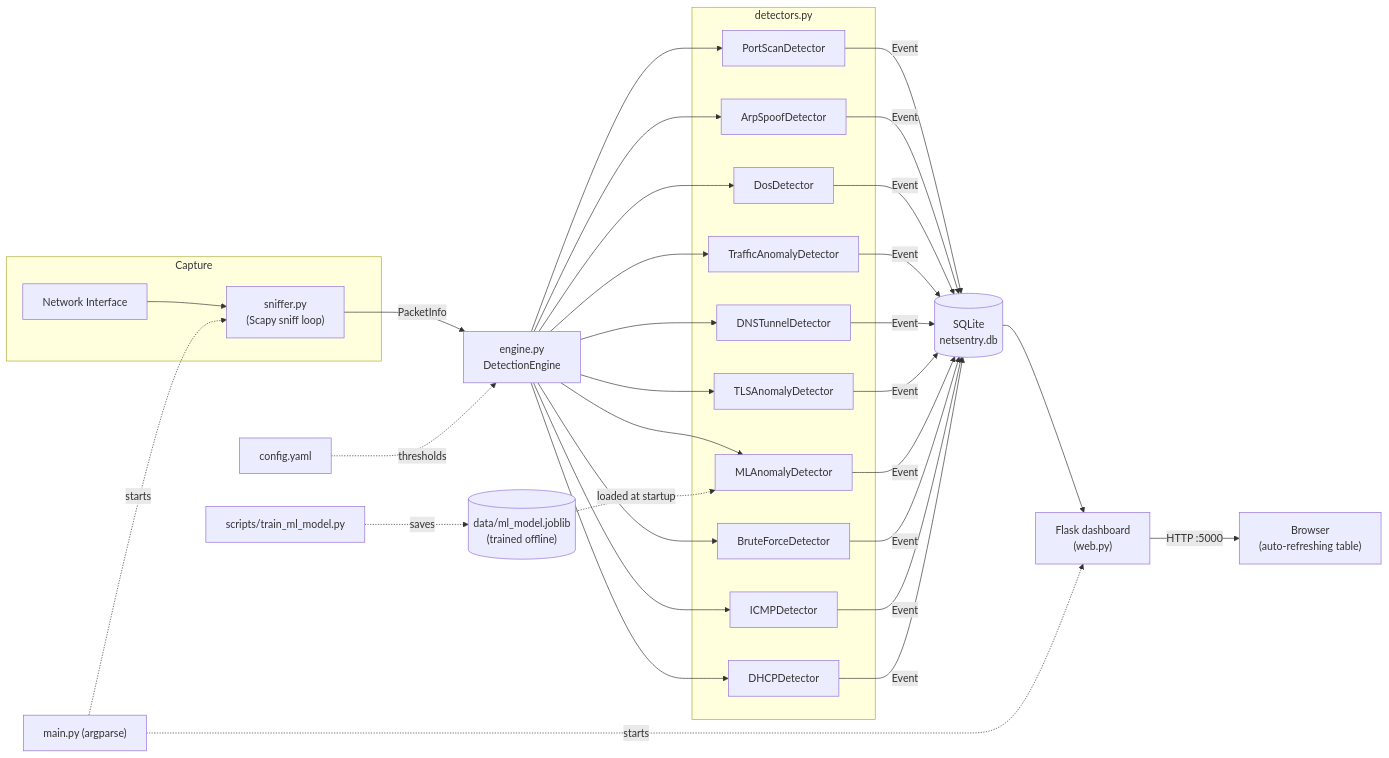
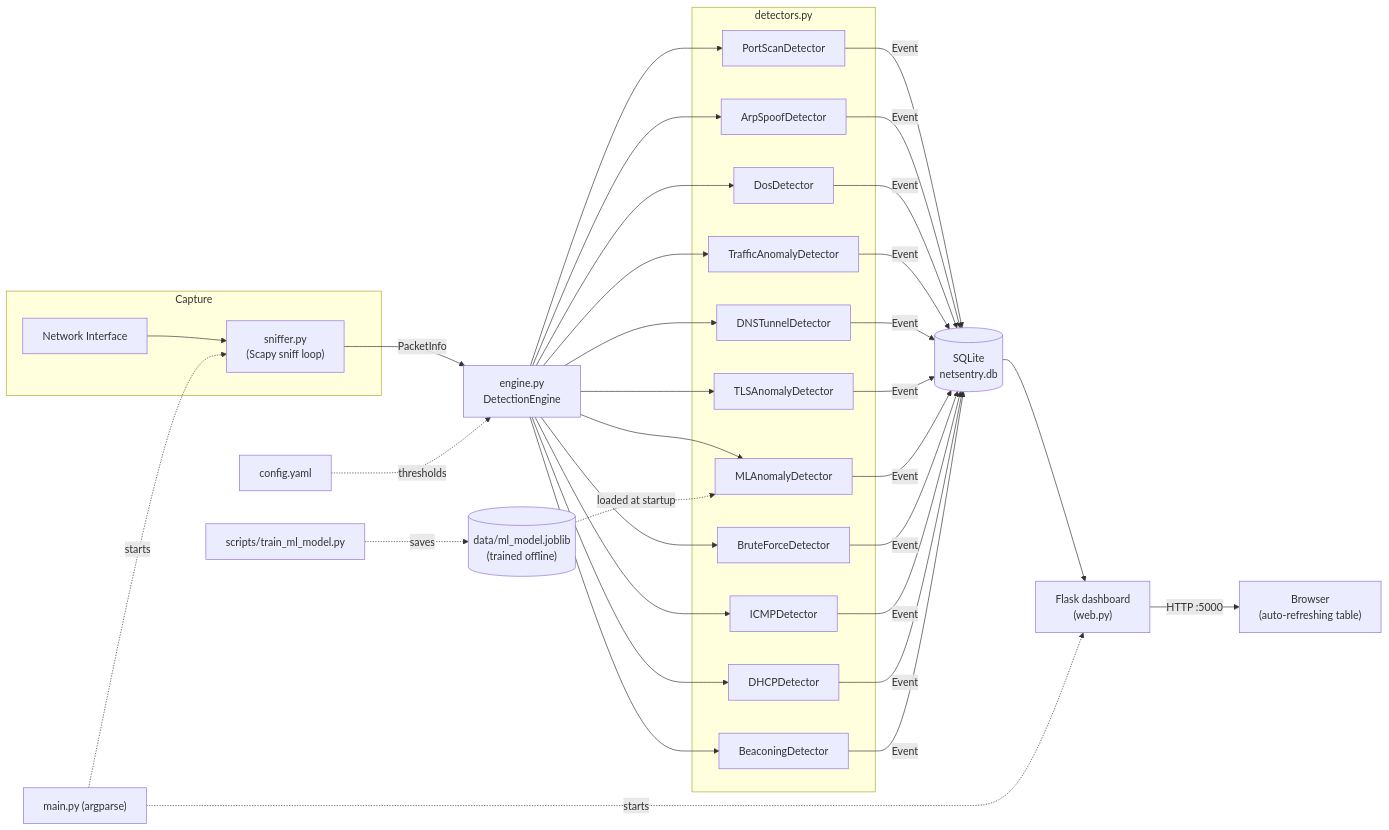
The diagram in README.md (Deipedra34/NetSentry), drawn with Mermaid before and after one commit. The commit also changed other lines of this file and 9 other files, not shown here.

````diff
--- a/README.md
+++ b/README.md
@@ -48,53 +49,56 @@
 ```mermaid
 flowchart LR
     subgraph Capture
         NIC["Network Interface"] --> Sniffer["sniffer.py\n(Scapy sniff loop)"]
     end
 
     Sniffer -->|"PacketInfo"| Engine["engine.py\nDetectionEngine"]
 
     subgraph Detectors["detectors.py"]
         PS["PortScanDetector"]
         ARP["ArpSpoofDetector"]
         DOS["DosDetector"]
         ANOM["TrafficAnomalyDetector"]
         DNS["DNSTunnelDetector"]
         TLS["TLSAnomalyDetector"]
         ML["MLAnomalyDetector"]
         BF["BruteForceDetector"]
         ICMP["ICMPDetector"]
         DHCP["DHCPDetector"]
+        BEACON["BeaconingDetector"]
     end
 
     Engine --> PS
     Engine --> ARP
     Engine --> DOS
     Engine --> ANOM
     Engine --> DNS
     Engine --> TLS
     Engine --> ML
     Engine --> BF
     Engine --> ICMP
     Engine --> DHCP
+    Engine --> BEACON
 
     PS -->|"Event"| DB[("SQLite\nnetsentry.db")]
     ARP -->|"Event"| DB
     DOS -->|"Event"| DB
     ANOM -->|"Event"| DB
     DNS -->|"Event"| DB
     TLS -->|"Event"| DB
     ML -->|"Event"| DB
     BF -->|"Event"| DB
     ICMP -->|"Event"| DB
     DHCP -->|"Event"| DB
+    BEACON -->|"Event"| DB
 
     Model[("data/ml_model.joblib\n(trained offline)")] -.loaded at startup.-> ML
     Train["scripts/train_ml_model.py"] -.saves.-> Model
 
     DB --> Web["Flask dashboard\n(web.py)"]
     Web -->|"HTTP :5000"| Browser["Browser\n(auto-refreshing table)"]
 
     Config["config.yaml"] -.thresholds.-> Engine
     CLI["main.py (argparse)"] -.starts.-> Sniffer
     CLI -.starts.-> Web
 ```
````
